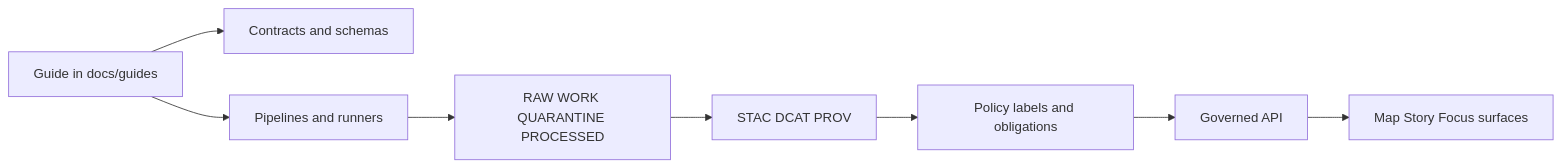
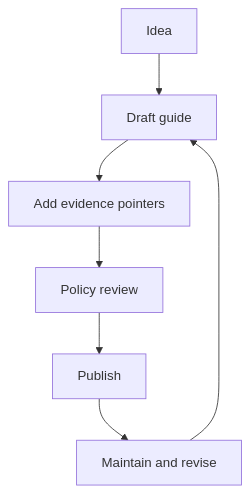
One commit to bartytime4life/Kansas-Frontier-Matrix changed the diagram in docs/guides/README.md. Above: the diagram before and after it, drawn with Mermaid. The commit also changed other lines of this file, not shown here.

First line of the commit message:
Revise README.md for guides with updated metadata

````diff
--- a/docs/guides/README.md
+++ b/docs/guides/README.md
@@ -104,10 +154,9 @@
 ```mermaid
-flowchart LR
-  Guide[Guide in docs/guides] --> Contracts[Contracts and schemas]
-  Guide --> Pipelines[Pipelines and runners]
-  Pipelines --> Zones[RAW WORK QUARANTINE PROCESSED]
-  Zones --> Catalogs[STAC DCAT PROV]
-  Catalogs --> Policy[Policy labels and obligations]
-  Policy --> API[Governed API]
-  API --> UI[Map Story Focus surfaces]
+flowchart TD
+  A[Idea] --> B[Draft guide]
+  B --> C[Add evidence pointers]
+  C --> D[Policy review]
+  D --> E[Publish]
+  E --> F[Maintain and revise]
+  F --> B
 ```
````
